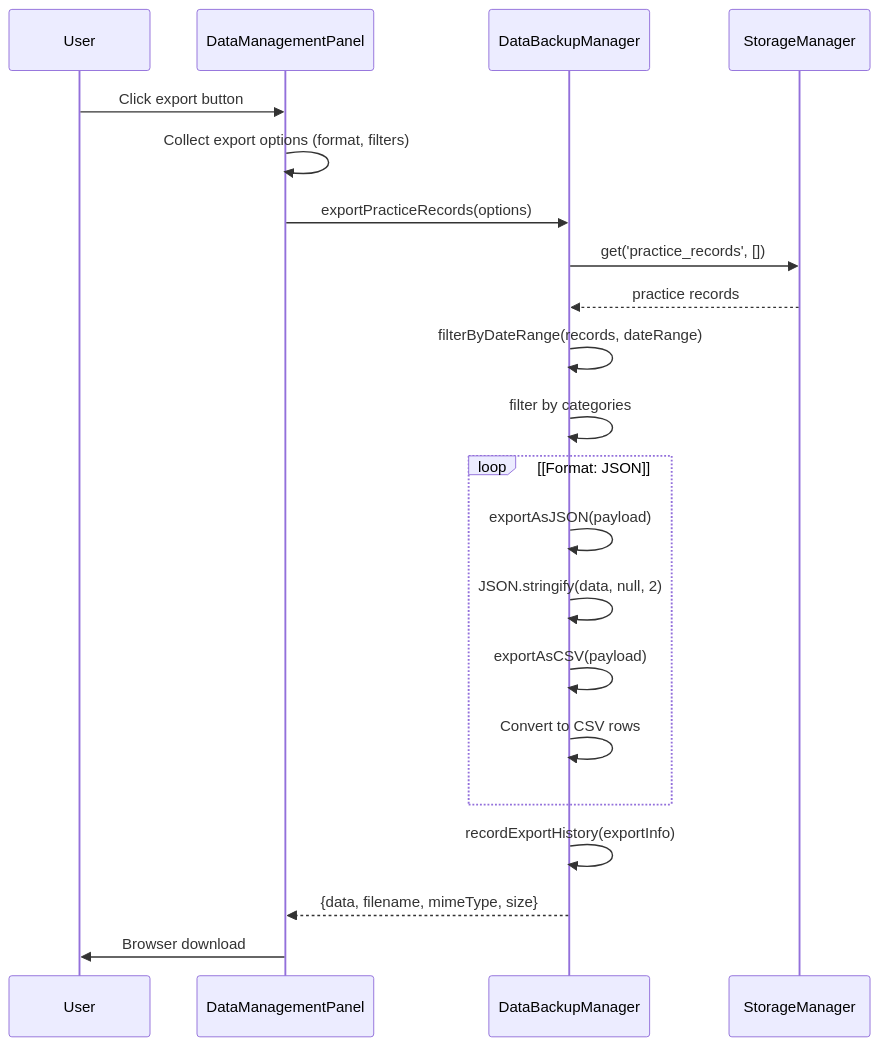
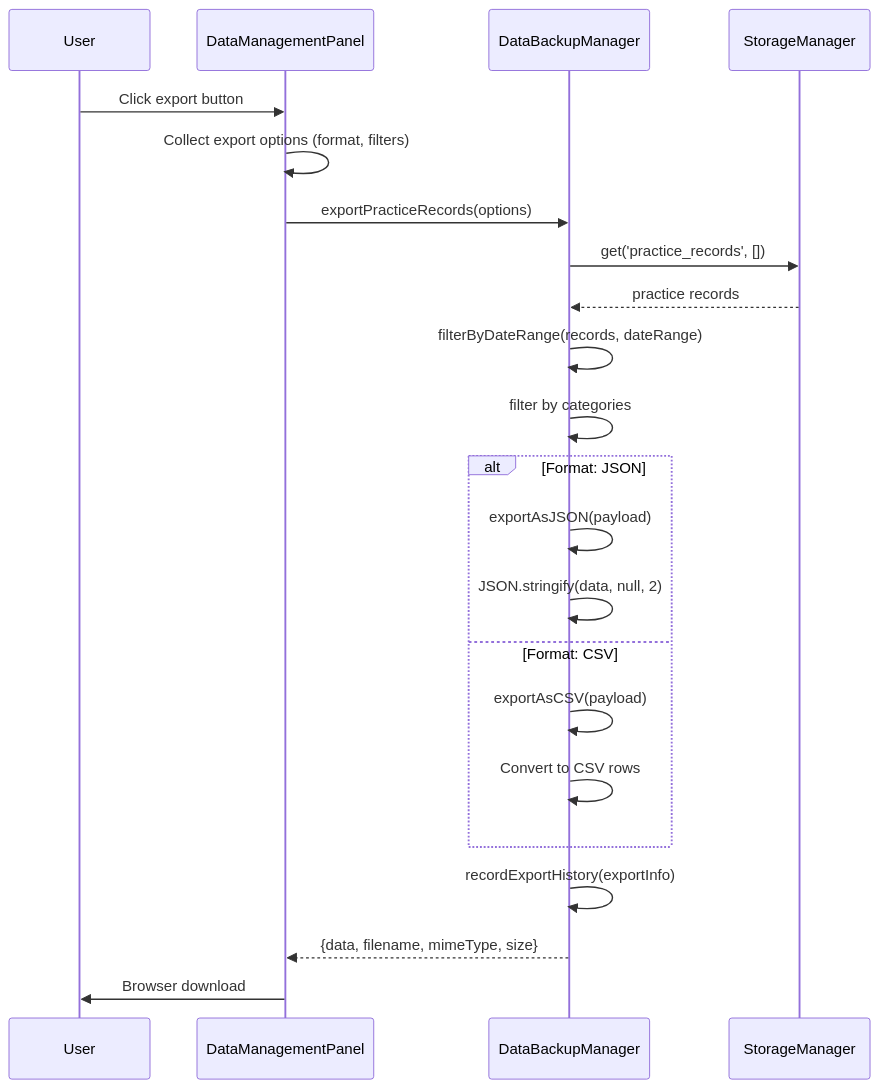
The eighth of 22 diagrams in developer/doc/Wiki/Data-Management-System.md (sallowayma-git/IELTS-practice), drawn with Mermaid before and after one commit. The commit also changed other lines of this file and 84 other files, not shown here.

````diff
--- a/developer/doc/Wiki/Data-Management-System.md
+++ b/developer/doc/Wiki/Data-Management-System.md
@@ -454,24 +459,25 @@
 ```mermaid
 sequenceDiagram
-  participant User
-  participant DataManagementPanel
-  participant DataBackupManager
-  participant StorageManager
+  participant p1 as User
+  participant p2 as DataManagementPanel
+  participant p3 as DataBackupManager
+  participant p4 as StorageManager
 
-  User->>DataManagementPanel: Click export button
-  DataManagementPanel->>DataManagementPanel: Collect export options (format, filters)
-  DataManagementPanel->>DataBackupManager: exportPracticeRecords(options)
-  DataBackupManager->>StorageManager: get('practice_records', [])
-  StorageManager-->>DataBackupManager: practice records
-  DataBackupManager->>DataBackupManager: filterByDateRange(records, dateRange)
-  DataBackupManager->>DataBackupManager: filter by categories
-  loop [Format: JSON]
-    DataBackupManager->>DataBackupManager: exportAsJSON(payload)
-    DataBackupManager->>DataBackupManager: JSON.stringify(data, null, 2)
-    DataBackupManager->>DataBackupManager: exportAsCSV(payload)
-    DataBackupManager->>DataBackupManager: Convert to CSV rows
+  p1->>p2: Click export button
+  p2->>p2: Collect export options (format, filters)
+  p2->>p3: exportPracticeRecords(options)
+  p3->>p4: get('practice_records', [])
+  p4-->>p3: practice records
+  p3->>p3: filterByDateRange(records, dateRange)
+  p3->>p3: filter by categories
+  alt Format: JSON
+    p3->>p3: exportAsJSON(payload)
+    p3->>p3: JSON.stringify(data, null, 2)
+  else Format: CSV
+    p3->>p3: exportAsCSV(payload)
+    p3->>p3: Convert to CSV rows
   end
-  DataBackupManager->>DataBackupManager: recordExportHistory(exportInfo)
-  DataBackupManager-->>DataManagementPanel: {data, filename, mimeType, size}
-  DataManagementPanel->>User: Browser download
+  p3->>p3: recordExportHistory(exportInfo)
+  p3-->>p2: {data, filename, mimeType, size}
+  p2->>p1: Browser download
 ```
````
